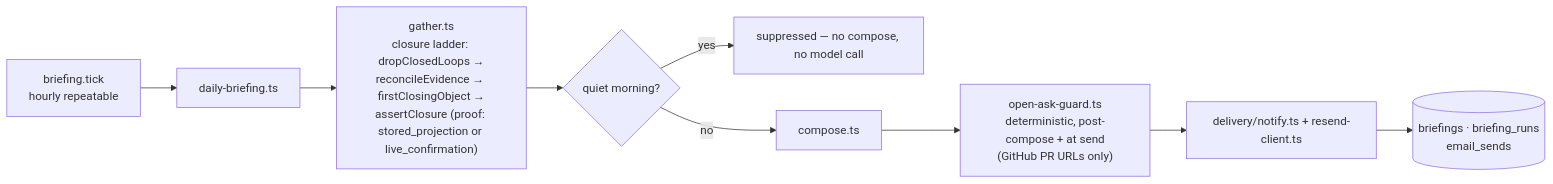
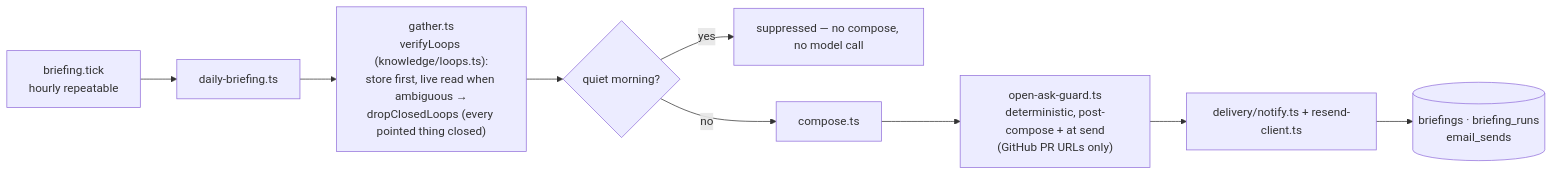
Before and after one commit to 99Yash/alfred: the fourth of 6 diagrams in docs/reference/implementation-map.md, drawn with Mermaid. The commit also changed 34 other files, not shown here.

First line of the commit message:
feat(knowledge): verify each mailed loop from the store first (ADR-0120 slice 2)

````diff
--- a/docs/reference/implementation-map.md
+++ b/docs/reference/implementation-map.md
@@ -201,11 +201,11 @@
 ```mermaid
 flowchart LR
   TICK["briefing.tick<br/>hourly repeatable"] --> ORCH["daily-briefing.ts"]
-  ORCH --> G["gather.ts<br/>closure ladder: dropClosedLoops →<br/>reconcileEvidence → firstClosingObject →<br/>assertClosure (proof: stored_projection or live_confirmation)"]
+  ORCH --> G["gather.ts<br/>verifyLoops (knowledge/loops.ts):<br/>store first, live read when ambiguous →<br/>dropClosedLoops (every pointed thing closed)"]
   G --> Q{quiet morning?}
   Q -->|yes| SUP[suppressed — no compose, no model call]
   Q -->|no| C["compose.ts"]
   C --> GUARD["open-ask-guard.ts<br/>deterministic, post-compose + at send<br/>(GitHub PR URLs only)"]
   GUARD --> SEND["delivery/notify.ts + resend-client.ts"]
   SEND --> TBL[("briefings · briefing_runs<br/>email_sends")]
 ```
````
